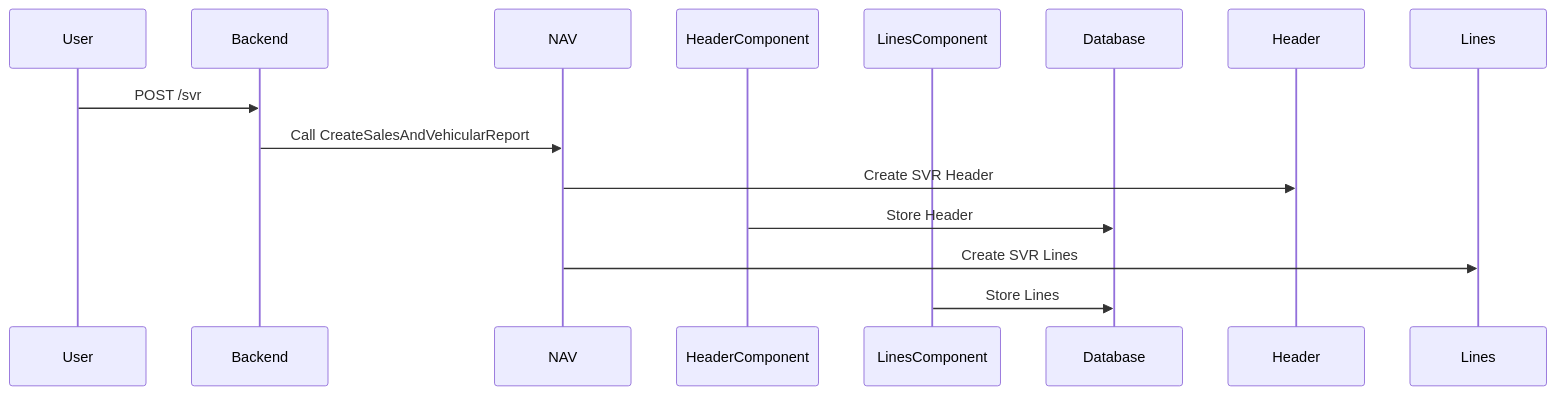
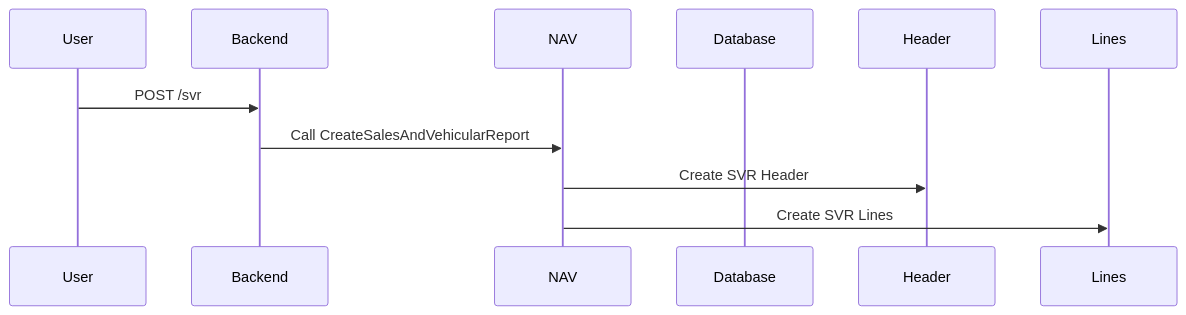
One commit to mincerray1/flows changed the diagram in seq_nav_svr.mmd. Above: the diagram before and after it, drawn with Mermaid.

```diff
--- a/seq_nav_svr.mmd
+++ b/seq_nav_svr.mmd
@@ -1,14 +1,10 @@
 sequenceDiagram
     participant User
     participant Backend
     participant NAV
-    participant HeaderComponent
-    participant LinesComponent
     participant Database
 
     User->>Backend: POST /svr
     Backend->>NAV: Call CreateSalesAndVehicularReport
     NAV->>Header: Create SVR Header
-    HeaderComponent->>Database: Store Header
     NAV->>Lines: Create SVR Lines
-    LinesComponent->>Database: Store Lines
```
